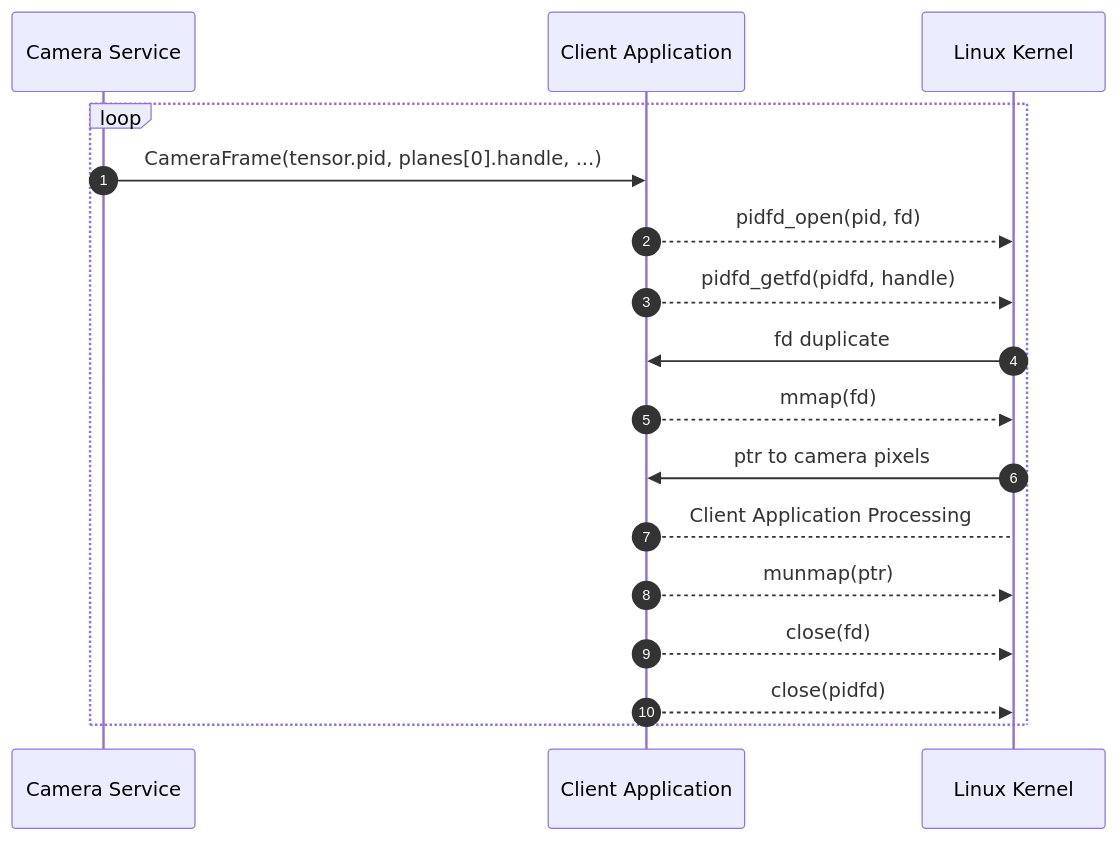
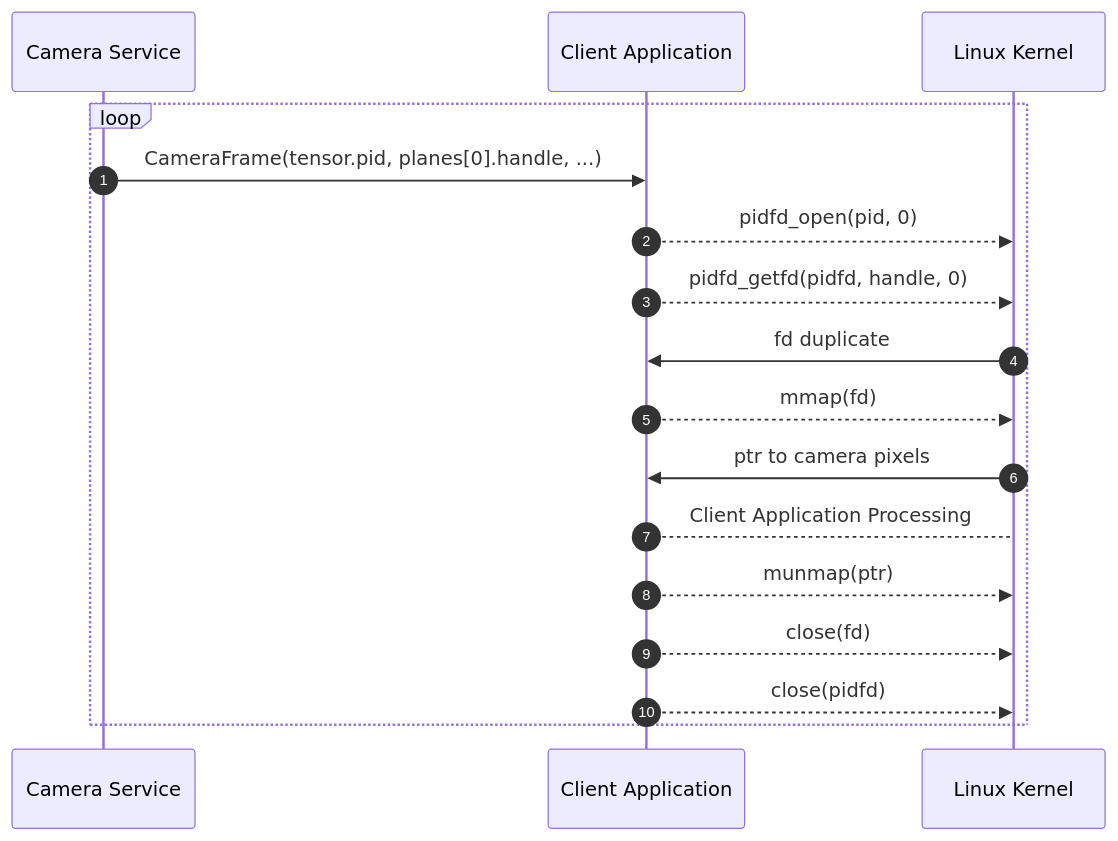
Before and after one commit to EdgeFirstAI/documentation: the diagram in docs/perception/topics/camera.md, drawn with Mermaid. The commit also changed 13 other files, not shown here.

````diff
--- a/docs/perception/topics/camera.md
+++ b/docs/perception/topics/camera.md
@@ -39,16 +39,16 @@
 ``` mermaid
 sequenceDiagram
     loop
     autonumber
     Camera Service->>Client Application: CameraFrame(tensor.pid, planes[0].handle, ...)
-    Client Application-->>Linux Kernel: pidfd_open(pid, fd)
-    Client Application-->>Linux Kernel: pidfd_getfd(pidfd, handle)
+    Client Application-->>Linux Kernel: pidfd_open(pid, 0)
+    Client Application-->>Linux Kernel: pidfd_getfd(pidfd, handle, 0)
     Linux Kernel->>Client Application: fd duplicate
     Client Application-->>Linux Kernel: mmap(fd)
     Linux Kernel->>Client Application: ptr to camera pixels
     Client Application-->Linux Kernel: Client Application Processing
     Client Application-->>Linux Kernel: munmap(ptr)
     Client Application-->>Linux Kernel: close(fd)
     Client Application-->>Linux Kernel: close(pidfd)
     end
 ```
````
